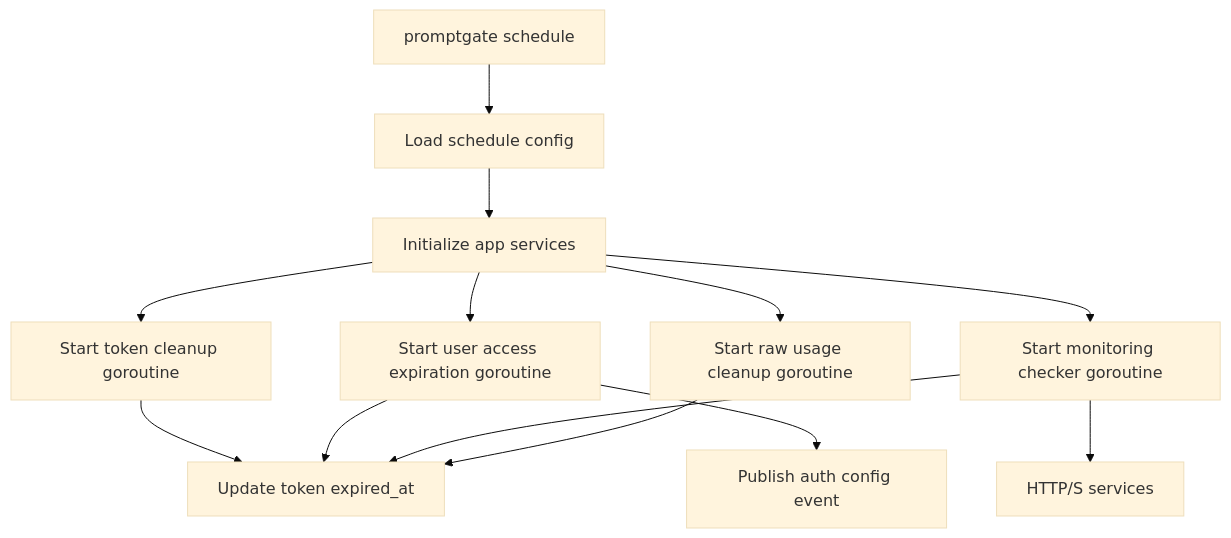
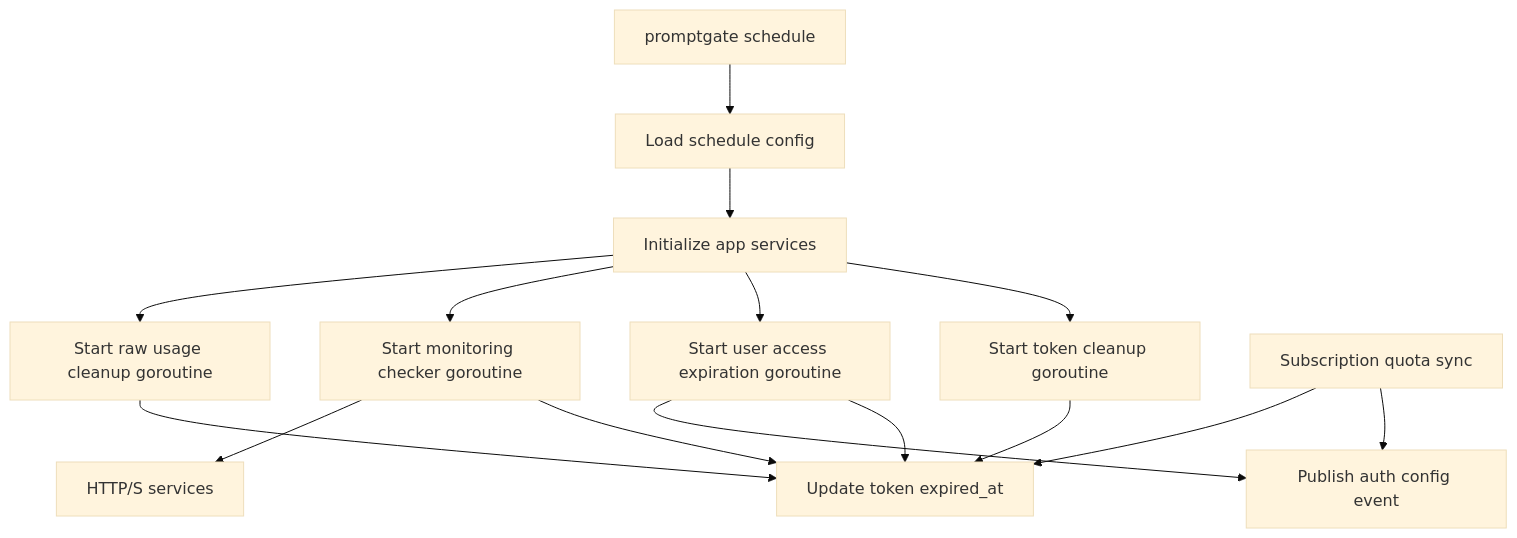
The diagram in docs/scheduler.md (thomas-illiet/prompt-gate), drawn with Mermaid (base theme) before and after one commit. The commit also changed other lines of this file and 3 other files, not shown here.

````diff
--- a/docs/scheduler.md
+++ b/docs/scheduler.md
@@ -28,15 +29,17 @@
 ```mermaid
 flowchart TD
     Start["promptgate schedule"] --> Config["Load schedule config"]
     Config --> App["Initialize app services"]
     App --> TokenJob["Start token cleanup goroutine"]
     App --> AccessJob["Start user access expiration goroutine"]
     App --> MonitoringJob["Start monitoring checker goroutine"]
     App --> UsageCleanup["Start raw usage cleanup goroutine"]
     TokenJob --> DB["Update token expired_at"]
     AccessJob --> DB
     AccessJob --> Redis["Publish auth config event"]
     MonitoringJob --> DB
     MonitoringJob --> HTTP["HTTP/S services"]
     UsageCleanup --> DB
+    QuotaSync["Subscription quota sync"] --> Redis
+    QuotaSync --> DB
 ```
````
